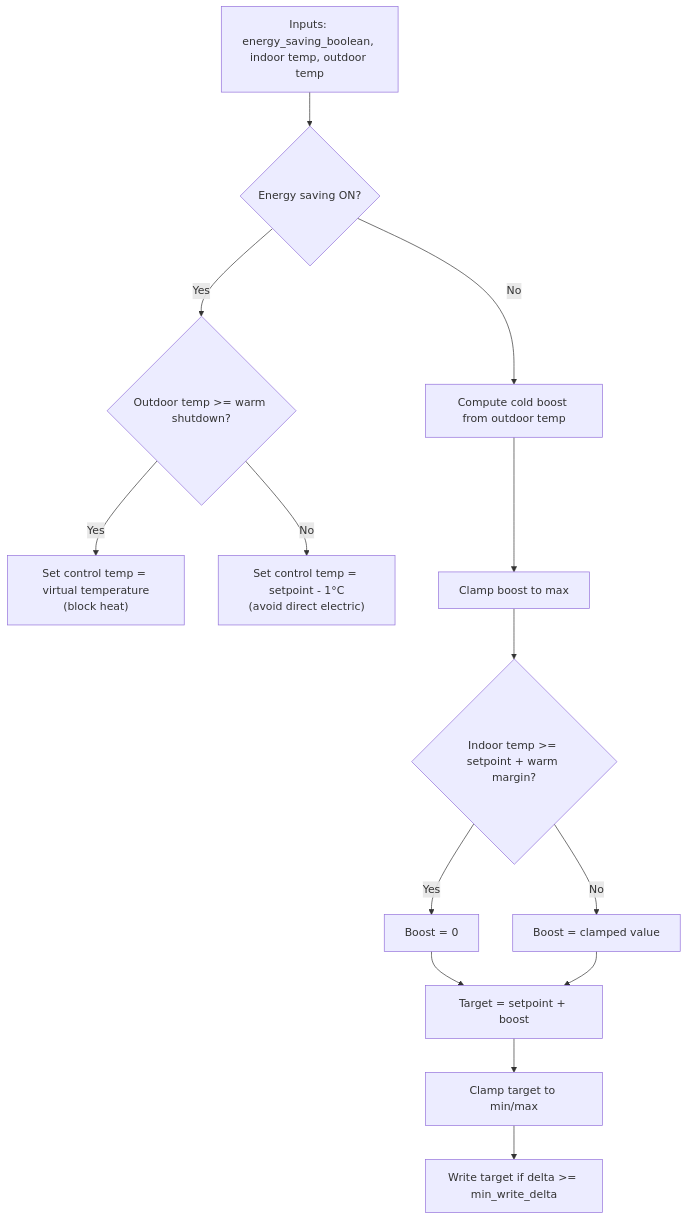
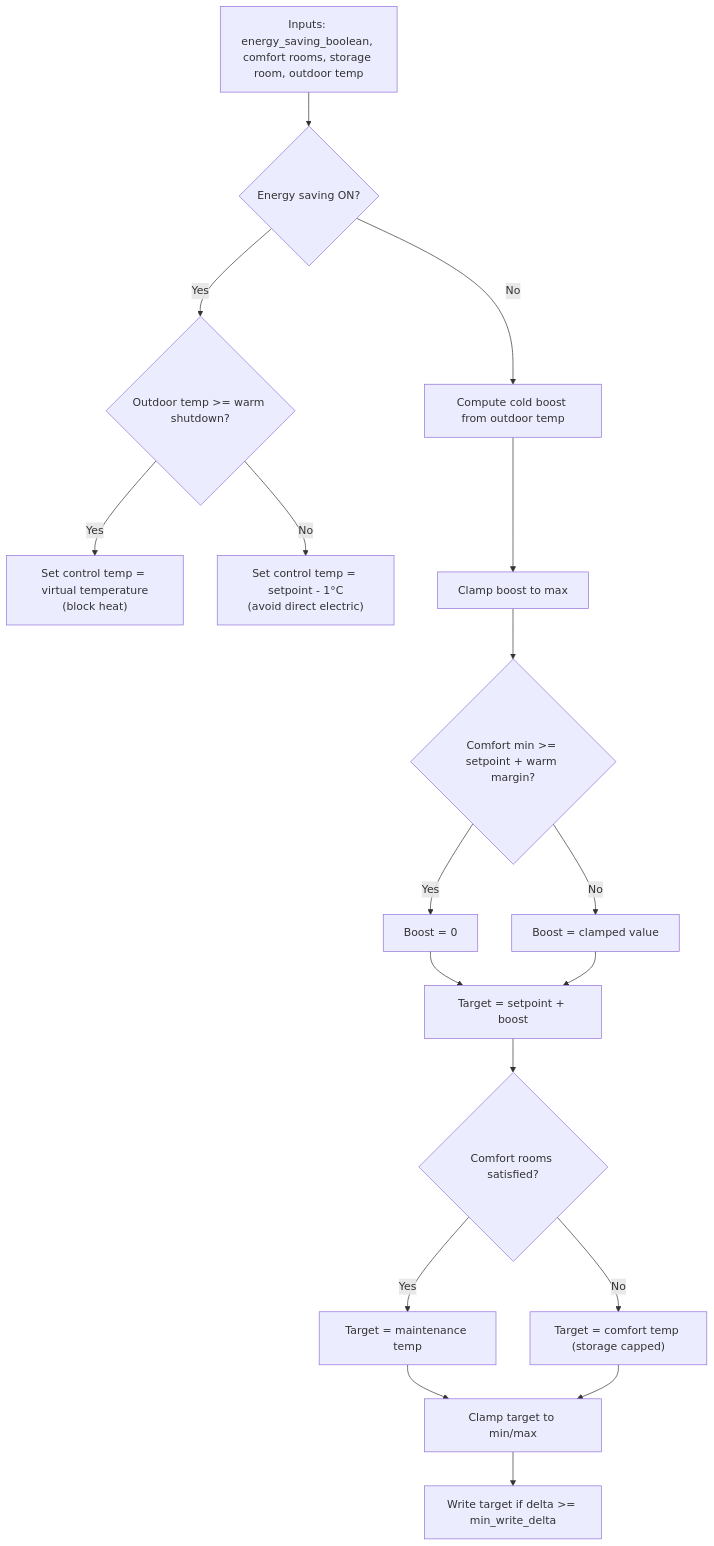
One commit to ohlsont/blockheat changed the diagram in README.md. Above: the diagram before and after it, drawn with Mermaid. The commit also changed other lines of this file and 5 other files, not shown here.

Commit message:
feat: extend block-heat for storage target and offsets

````diff
--- a/README.md
+++ b/README.md
@@ -55,18 +64,22 @@
 ```mermaid
 flowchart TD
-  A["Inputs: energy_saving_boolean, indoor temp, outdoor temp"] --> B{"Energy saving ON?"}
+  A["Inputs: energy_saving_boolean, comfort rooms, storage room, outdoor temp"] --> B{"Energy saving ON?"}
 
   B -- Yes --> C{"Outdoor temp >= warm shutdown?"}
   C -- Yes --> D["Set control temp = virtual temperature<br/>(block heat)"]
   C -- No --> E["Set control temp = setpoint - 1°C<br/>(avoid direct electric)"]
 
   B -- No --> F["Compute cold boost from outdoor temp"]
   F --> G["Clamp boost to max"]
-  G --> H{"Indoor temp >= setpoint + warm margin?"}
+  G --> H{"Comfort min >= setpoint + warm margin?"}
   H -- Yes --> I["Boost = 0"]
   H -- No --> J["Boost = clamped value"]
   I --> K["Target = setpoint + boost"]
   J --> K
-  K --> L["Clamp target to min/max"]
-  L --> M["Write target if delta >= min_write_delta"]
+  K --> L{"Comfort rooms satisfied?"}
+  L -- Yes --> M["Target = maintenance temp"]
+  L -- No --> N["Target = comfort temp (storage capped)"]
+  M --> O["Clamp target to min/max"]
+  N --> O
+  O --> P["Write target if delta >= min_write_delta"]
 ```
````
